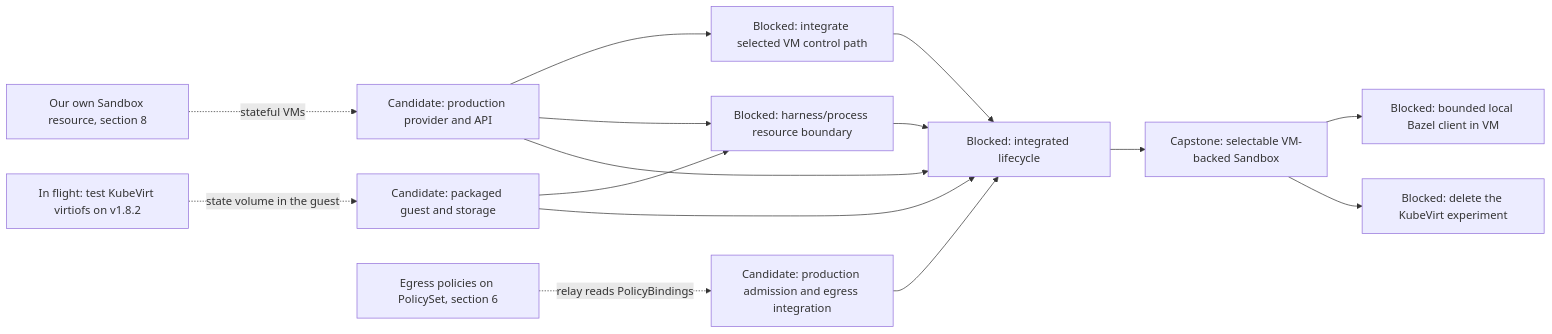
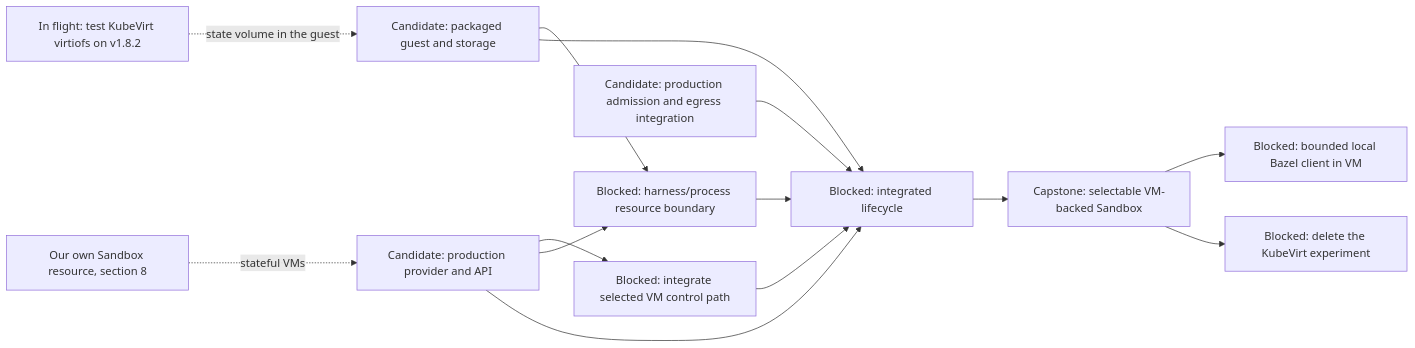
One commit to agentydragon-agent/ducktape changed the sixth of 15 diagrams in agentplane/plans/task_dag.md. Above: the diagram before and after it, drawn with Mermaid. The commit also changed other lines of this file and 44 other files, not shown here.

````diff
--- a/agentplane/plans/task_dag.md
+++ b/agentplane/plans/task_dag.md
@@ -335,26 +335,24 @@
 ```mermaid
 flowchart LR
     VM_CONTROL_NETWORKING[Blocked: integrate selected VM control path]
     VM_IMAGE[Candidate: packaged guest and storage]
     VM_PROVIDER[Candidate: production provider and API]
     VM_VIRTIOFS[In flight: test KubeVirt virtiofs on v1.8.2]
     AGENTPLANE_SANDBOX_RESOURCE[Our own Sandbox resource, section 8]
     VM_EGRESS[Candidate: production admission and egress integration]
-    EGRESS_POLICY_MIGRATE[Egress policies on PolicySet, section 6]
-    EGRESS_POLICY_MIGRATE -. relay reads PolicyBindings .-> VM_EGRESS
     VM_PROCESS_ISOLATION[Blocked: harness/process resource boundary]
     VM_LIFECYCLE[Blocked: integrated lifecycle]
     VM_PROVIDER --> VM_CONTROL_NETWORKING
     AGENTPLANE_SANDBOX_RESOURCE -. stateful VMs .-> VM_PROVIDER
     VM_VIRTIOFS -. state volume in the guest .-> VM_IMAGE
     VM_CONTROL_NETWORKING --> VM_LIFECYCLE
     VM_IMAGE --> VM_PROCESS_ISOLATION
     VM_PROVIDER --> VM_PROCESS_ISOLATION
     VM_IMAGE --> VM_LIFECYCLE
     VM_PROVIDER --> VM_LIFECYCLE
     VM_EGRESS --> VM_LIFECYCLE
     VM_PROCESS_ISOLATION --> VM_LIFECYCLE
     VM_LIFECYCLE --> SANDBOX_VM_ISOLATION[Capstone: selectable VM-backed Sandbox]
     SANDBOX_VM_ISOLATION --> LOCAL_BAZEL[Blocked: bounded local Bazel client in VM]
     SANDBOX_VM_ISOLATION --> KUBEVIRT_EXPERIMENT_RETIRE[Blocked: delete the KubeVirt experiment]
 ```
````
